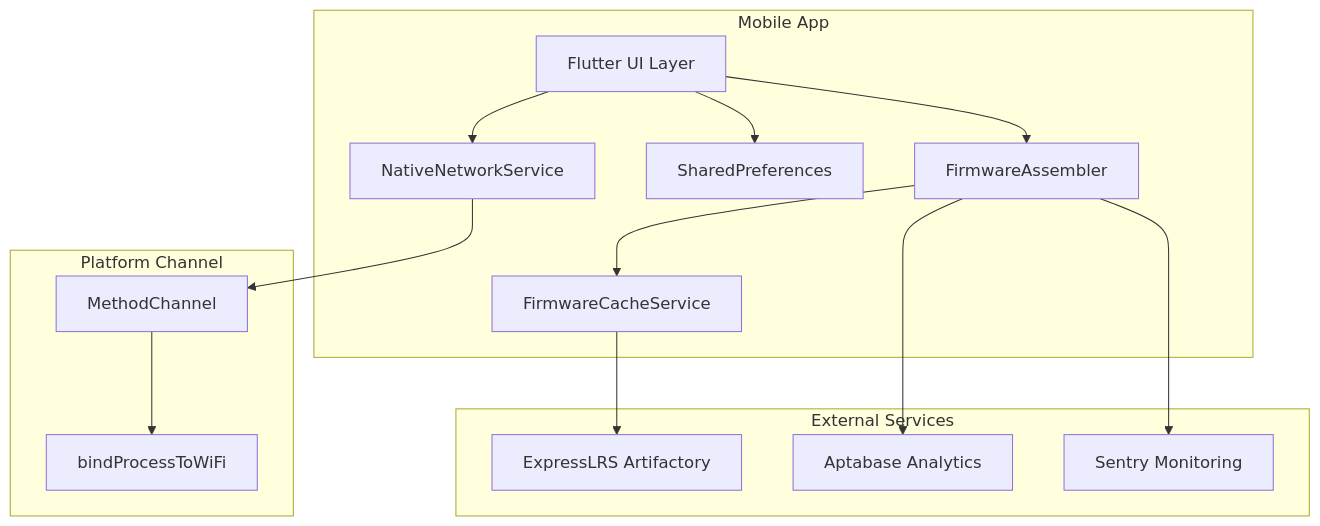
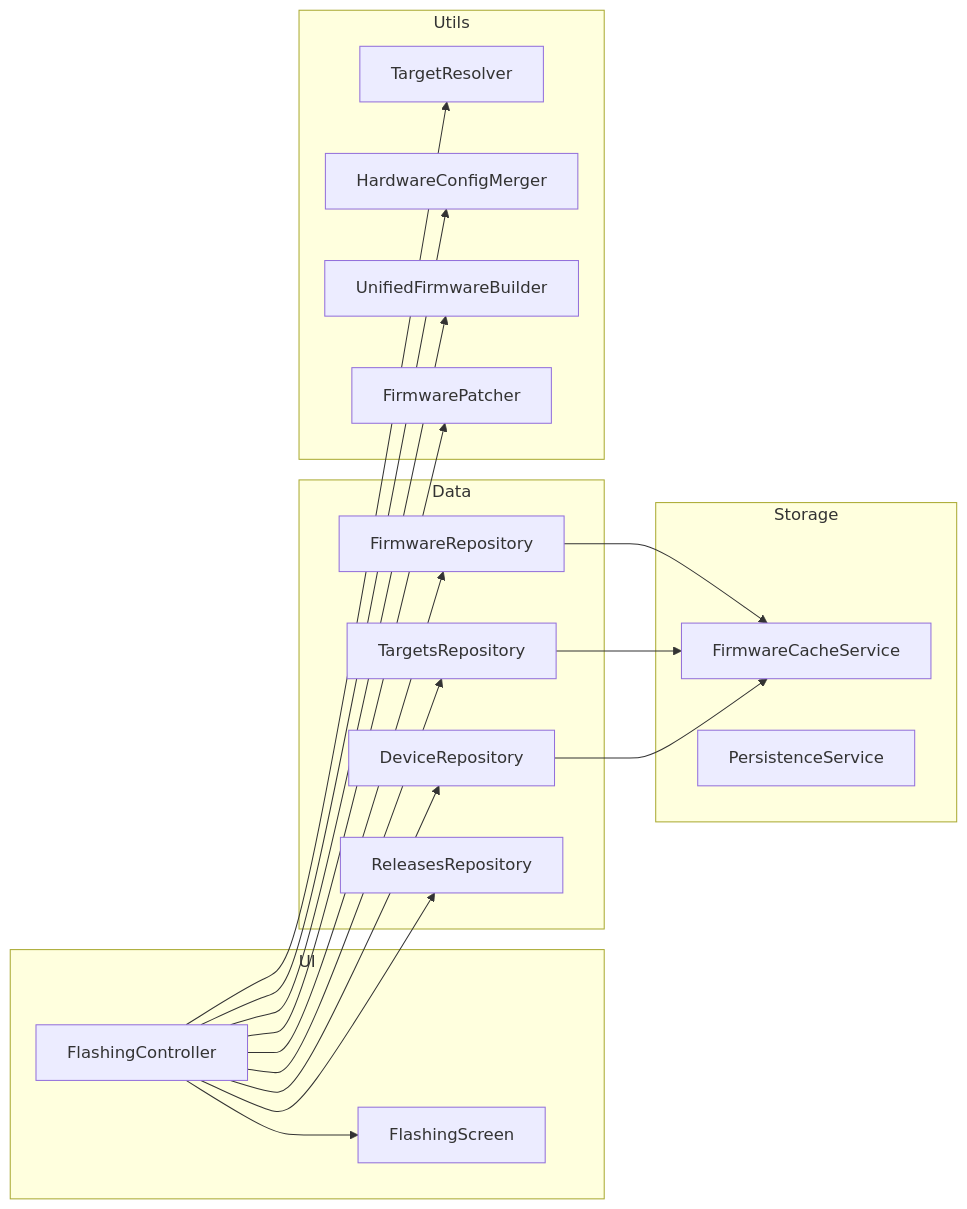
One commit to wbhinton/ELRS-Mobile changed the second of 4 diagrams in .rp1/context/architecture.md. Above: the diagram before and after it, drawn with Mermaid. The commit also changed other lines of this file and 6 other files, not shown here.

````diff
--- a/.rp1/context/architecture.md
+++ b/.rp1/context/architecture.md
@@ -9,31 +109,39 @@
 ```mermaid
-graph TB
-    subgraph Mobile App
-        UI[Flutter UI Layer]
-        BL[FirmwareAssembler]
-        Cache[FirmwareCacheService]
-        Prefs[SharedPreferences]
-        Native[NativeNetworkService]
+graph LR
+    subgraph UI
+        FC[FlashingController]
+        FS[FlashingScreen]
     end
 
-    subgraph Platform Channel
-        MC[MethodChannel]
-        NativeAPI[bindProcessToWiFi]
+    subgraph Data
+        FR[FirmwareRepository]
+        DR[DeviceRepository]
+        TR[TargetsRepository]
+        RR[ReleasesRepository]
     end
 
-    subgraph External Services
-        Artifactory[ExpressLRS Artifactory]
-        Aptabase[Aptabase Analytics]
-        Sentry[Sentry Monitoring]
+    subgraph Utils
+        TR2[TargetResolver]
+        HCM[HardwareConfigMerger]
+        UFB[UnifiedFirmwareBuilder]
+        FP[FirmwarePatcher]
     end
 
-    UI --> BL
-    BL --> Cache
-    Cache --> Artifactory
-    UI --> Prefs
-    UI --> Native
-    Native --> MC
-    MC --> NativeAPI
-    BL --> Aptabase
-    BL --> Sentry
+    subgraph Storage
+        FCS[FirmwareCacheService]
+        PS[PersistenceService]
+    end
+
+    FC --> FS
+    FC --> FR
+    FC --> DR
+    FC --> TR
+    FC --> RR
+    FC --> TR2
+    FC --> HCM
+    FC --> UFB
+    FC --> FP
+    FR --> FCS
+    TR --> FCS
+    DR --> FCS
 ```
````
